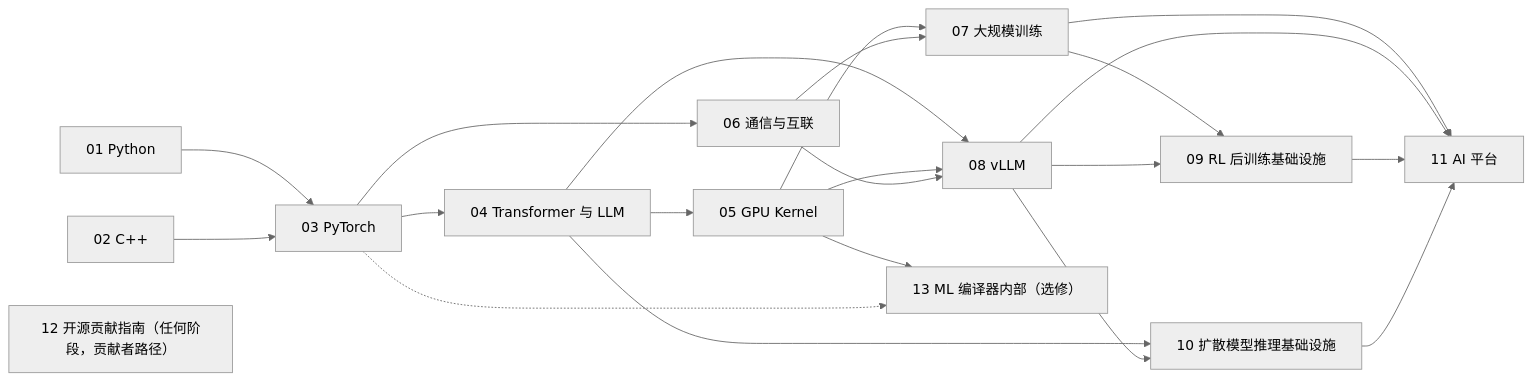
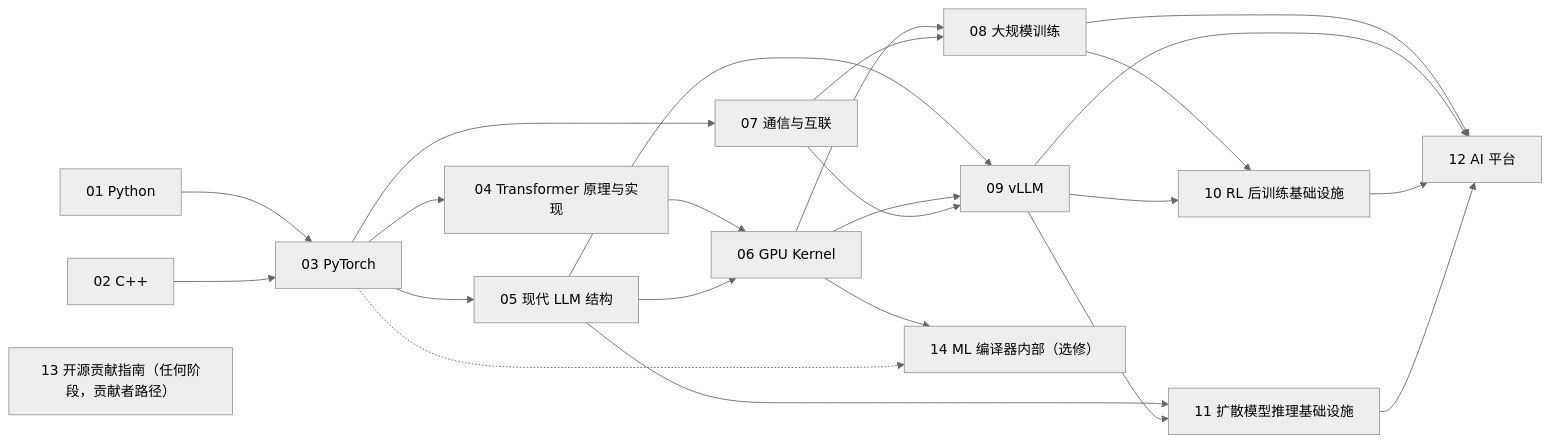
One commit to arganzheng/arganzheng.github.com changed the second of 2 diagrams in _posts/2026-01-03-ai-infra-learning-roadmap.md. Above: the diagram before and after it, drawn with Mermaid (neutral theme). The commit also changed other lines of this file and 77 other files, not shown here.

Commit message:
更新学习地图与全站系列交叉引用

````diff
--- a/_posts/2026-01-03-ai-infra-learning-roadmap.md
+++ b/_posts/2026-01-03-ai-infra-learning-roadmap.md
@@ -306,25 +307,27 @@
 ```mermaid
 %% 图：系列之间的依赖：箭头尾端是箭头头端的前置
 graph LR
     S01["01 Python"] --> S03["03 PyTorch"]
     S02["02 C++"] --> S03
-    S03 --> S04["04 Transformer 与 LLM"]
-    S04 --> S05["05 GPU Kernel"]
-    S03 --> S06["06 通信与互联"]
-    S05 --> S07["07 大规模训练"]
-    S06 --> S07
-    S04 --> S08["08 vLLM"]
-    S05 --> S08
-    S06 --> S08
-    S07 --> S09["09 RL 后训练基础设施"]
-    S08 --> S09
-    S04 --> S10["10 扩散模型推理基础设施"]
-    S08 --> S10
-    S07 --> S11["11 AI 平台"]
-    S08 --> S11
+    S03 --> S04["04 Transformer 原理与实现"]
+    S03 --> S05["05 现代 LLM 结构"]
+    S04 --> S06["06 GPU Kernel"]
+    S05 --> S06
+    S03 --> S07["07 通信与互联"]
+    S06 --> S08["08 大规模训练"]
+    S07 --> S08
+    S05 --> S09["09 vLLM"]
+    S06 --> S09
+    S07 --> S09
+    S08 --> S10["10 RL 后训练基础设施"]
+    S09 --> S10
+    S05 --> S11["11 扩散模型推理基础设施"]
     S09 --> S11
-    S10 --> S11
-    S12["12 开源贡献指南（任何阶段，贡献者路径）"]
-    S05 --> S13["13 ML 编译器内部（选修）"]
-    S03 -.-> S13
+    S08 --> S12["12 AI 平台"]
+    S09 --> S12
+    S10 --> S12
+    S11 --> S12
+    S13["13 开源贡献指南（任何阶段，贡献者路径）"]
+    S06 --> S14["14 ML 编译器内部（选修）"]
+    S03 -.-> S14
 ```
````
